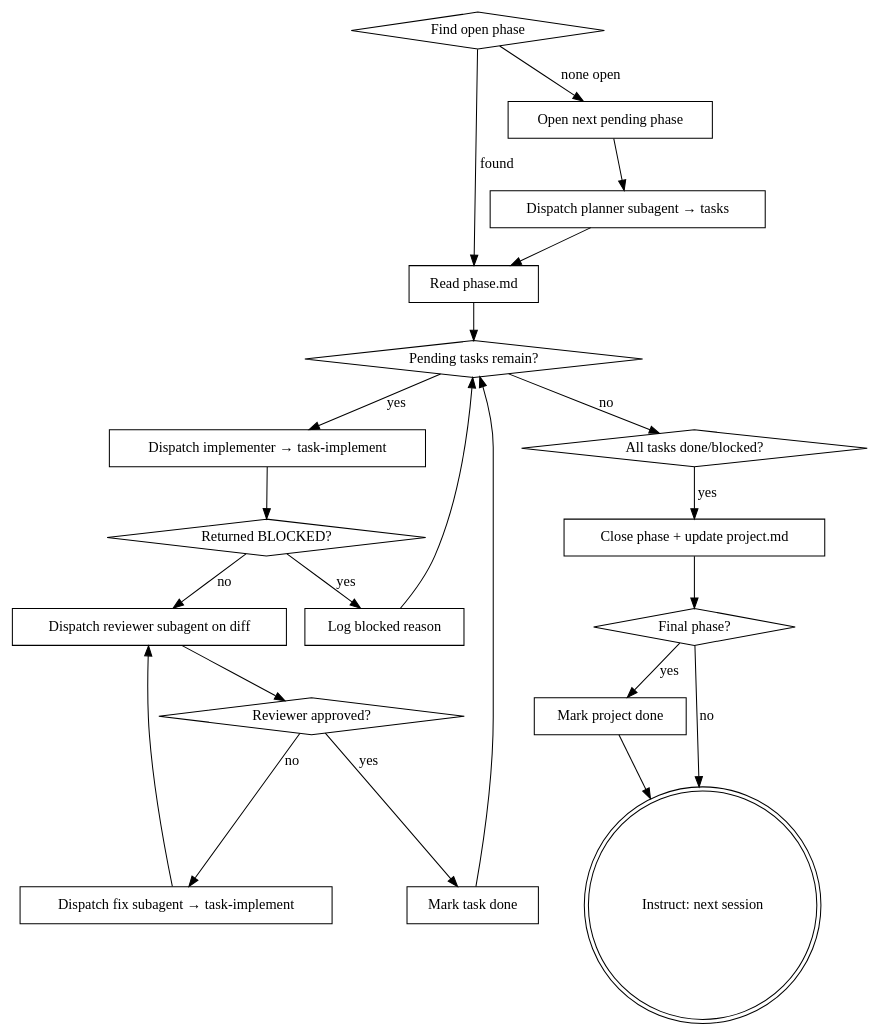
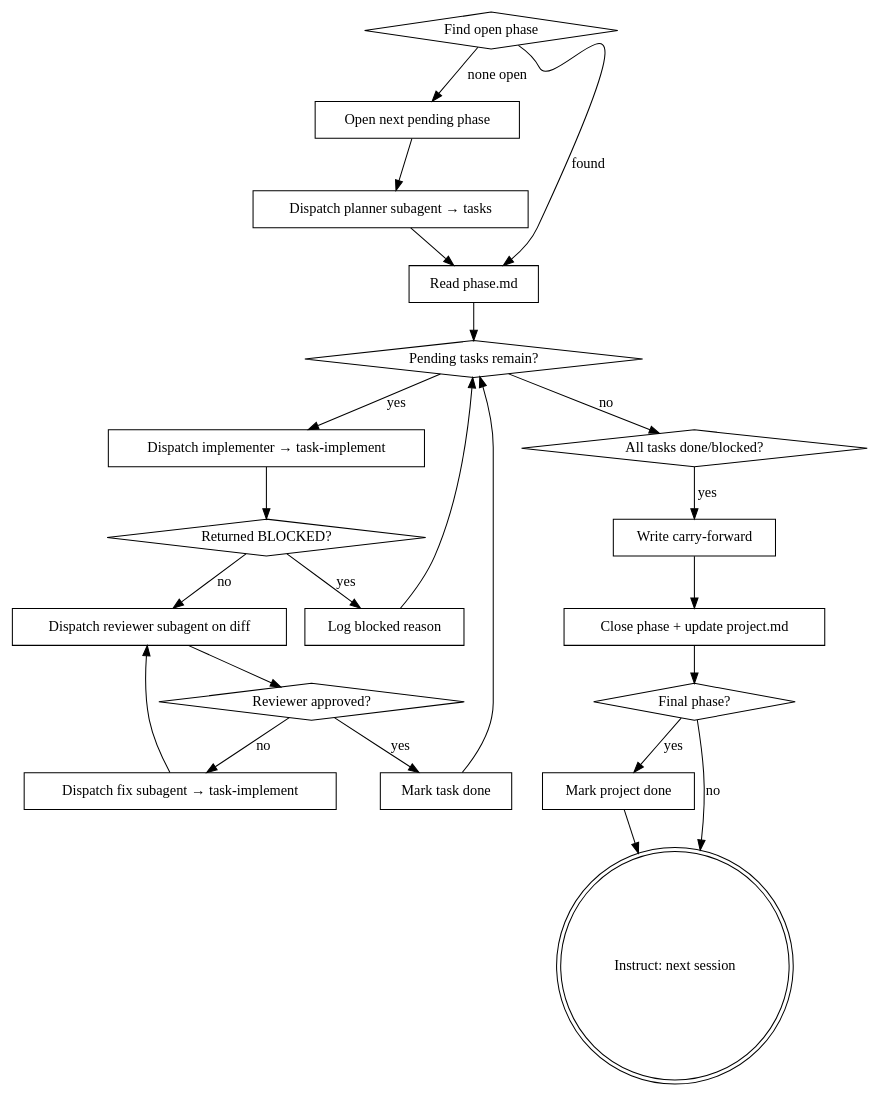
One commit to dx0ne/agent-skills changed the diagram in skills/agentflow/phase-execute/SKILL.md. Above: the diagram before and after it, drawn with Graphviz. The commit also changed other lines of this file and 6 other files, not shown here.

First line of the commit message:
fix(agentflow): write carry-forward at the final phase and keep closed phases untouched

````diff
--- a/skills/agentflow/phase-execute/SKILL.md
+++ b/skills/agentflow/phase-execute/SKILL.md
@@ -20,43 +20,45 @@
 ```dot
 digraph execute {
     "Find open phase" [shape=diamond];
     "Open next pending phase" [shape=box];
     "Dispatch planner subagent → tasks" [shape=box];
     "Read phase.md" [shape=box];
     "Pending tasks remain?" [shape=diamond];
     "Dispatch implementer → task-implement" [shape=box];
     "Returned BLOCKED?" [shape=diamond];
     "Log blocked reason" [shape=box];
     "Dispatch reviewer subagent on diff" [shape=box];
     "Reviewer approved?" [shape=diamond];
     "Dispatch fix subagent → task-implement" [shape=box];
     "Mark task done" [shape=box];
     "All tasks done/blocked?" [shape=diamond];
+    "Write carry-forward" [shape=box];
     "Close phase + update project.md" [shape=box];
     "Final phase?" [shape=diamond];
     "Mark project done" [shape=box];
     "Instruct: next session" [shape=doublecircle];
 
     "Find open phase" -> "Read phase.md" [label="found"];
     "Find open phase" -> "Open next pending phase" [label="none open"];
     "Open next pending phase" -> "Dispatch planner subagent → tasks";
     "Dispatch planner subagent → tasks" -> "Read phase.md";
     "Read phase.md" -> "Pending tasks remain?";
     "Pending tasks remain?" -> "Dispatch implementer → task-implement" [label="yes"];
     "Pending tasks remain?" -> "All tasks done/blocked?" [label="no"];
     "Dispatch implementer → task-implement" -> "Returned BLOCKED?";
     "Returned BLOCKED?" -> "Log blocked reason" [label="yes"];
     "Returned BLOCKED?" -> "Dispatch reviewer subagent on diff" [label="no"];
     "Dispatch reviewer subagent on diff" -> "Reviewer approved?";
     "Reviewer approved?" -> "Mark task done" [label="yes"];
     "Reviewer approved?" -> "Dispatch fix subagent → task-implement" [label="no"];
     "Dispatch fix subagent → task-implement" -> "Dispatch reviewer subagent on diff";
     "Mark task done" -> "Pending tasks remain?";
     "Log blocked reason" -> "Pending tasks remain?";
-    "All tasks done/blocked?" -> "Close phase + update project.md" [label="yes"];
+    "All tasks done/blocked?" -> "Write carry-forward" [label="yes"];
+    "Write carry-forward" -> "Close phase + update project.md";
     "Close phase + update project.md" -> "Final phase?" ;
     "Final phase?" -> "Mark project done" [label="yes"];
     "Final phase?" -> "Instruct: next session" [label="no"];
     "Mark project done" -> "Instruct: next session";
 }
 ```
````
